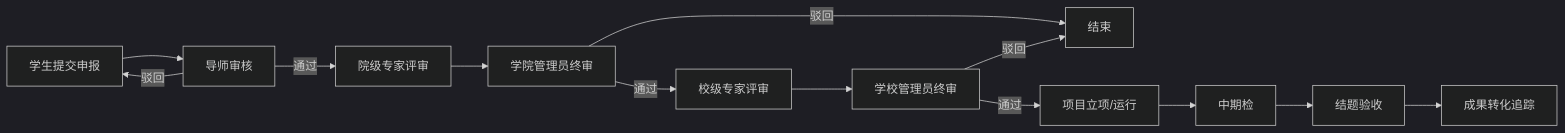
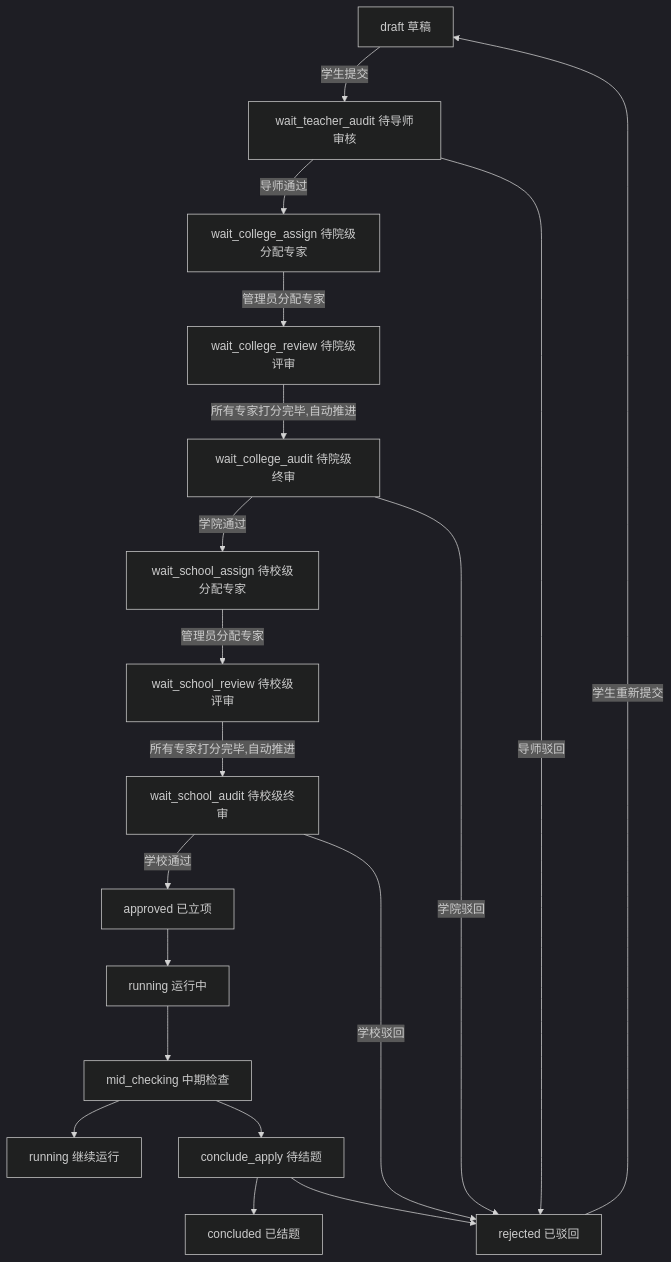
Before and after one commit to snow3721/innovation-project: the diagram in 高校创新项目系统PRD.md, drawn with Mermaid (dark theme). The commit also changed other lines of this file and 1 other file, not shown here.

````diff
--- a/高校创新项目系统PRD.md
+++ b/高校创新项目系统PRD.md
@@ -69,18 +72,21 @@
 ```mermaid
-graph LR
-    A[学生提交申报] --> B[导师审核]
-    B -->|通过| C[院级专家评审]
-    B -->|驳回| A
-    C --> D[学院管理员终审]
-    D -->|通过| E[校级专家评审]
-    D -->|驳回| End[结束]
-    E --> F[学校管理员终审]
-    F -->|通过| G[项目立项/运行]
-    F -->|驳回| End
-    G --> H[中期检]
-    H --> I[结题验收]
-    I --> J[成果转化追踪]
-
-
-
+graph TD
+    A[draft 草稿] -->|学生提交| B[wait_teacher_audit 待导师审核]
+    B -->|导师通过| C[wait_college_assign 待院级分配专家]
+    B -->|导师驳回| R[rejected 已驳回]
+    R -->|学生重新提交| A
+    C -->|管理员分配专家| D[wait_college_review 待院级评审]
+    D -->|所有专家打分完毕,自动推进| E[wait_college_audit 待院级终审]
+    E -->|学院通过| F[wait_school_assign 待校级分配专家]
+    E -->|学院驳回| R
+    F -->|管理员分配专家| G[wait_school_review 待校级评审]
+    G -->|所有专家打分完毕,自动推进| H[wait_school_audit 待校级终审]
+    H -->|学校通过| I[approved 已立项]
+    H -->|学校驳回| R
+    I --> J[running 运行中]
+    J --> K[mid_checking 中期检查]
+    K --> J2[running 继续运行]
+    K --> L[conclude_apply 待结题]
+    L --> M[concluded 已结题]
+    L --> R
 ```
````
